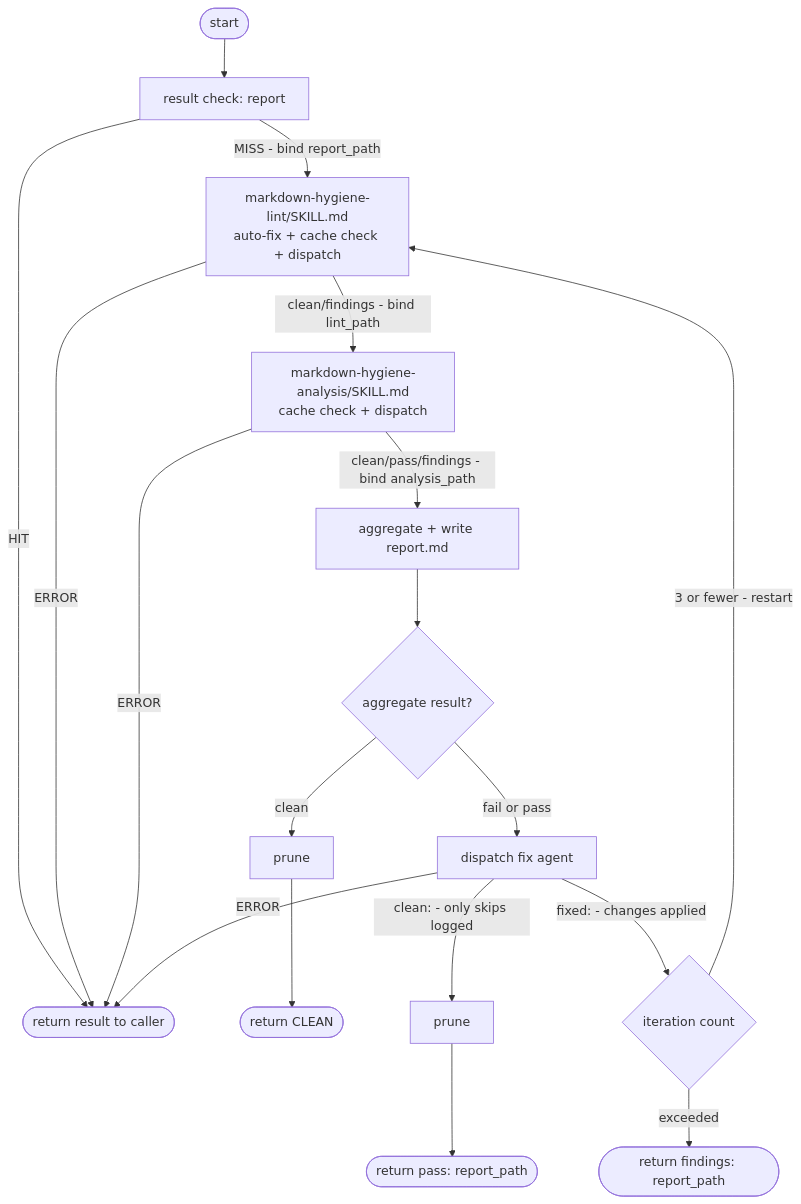
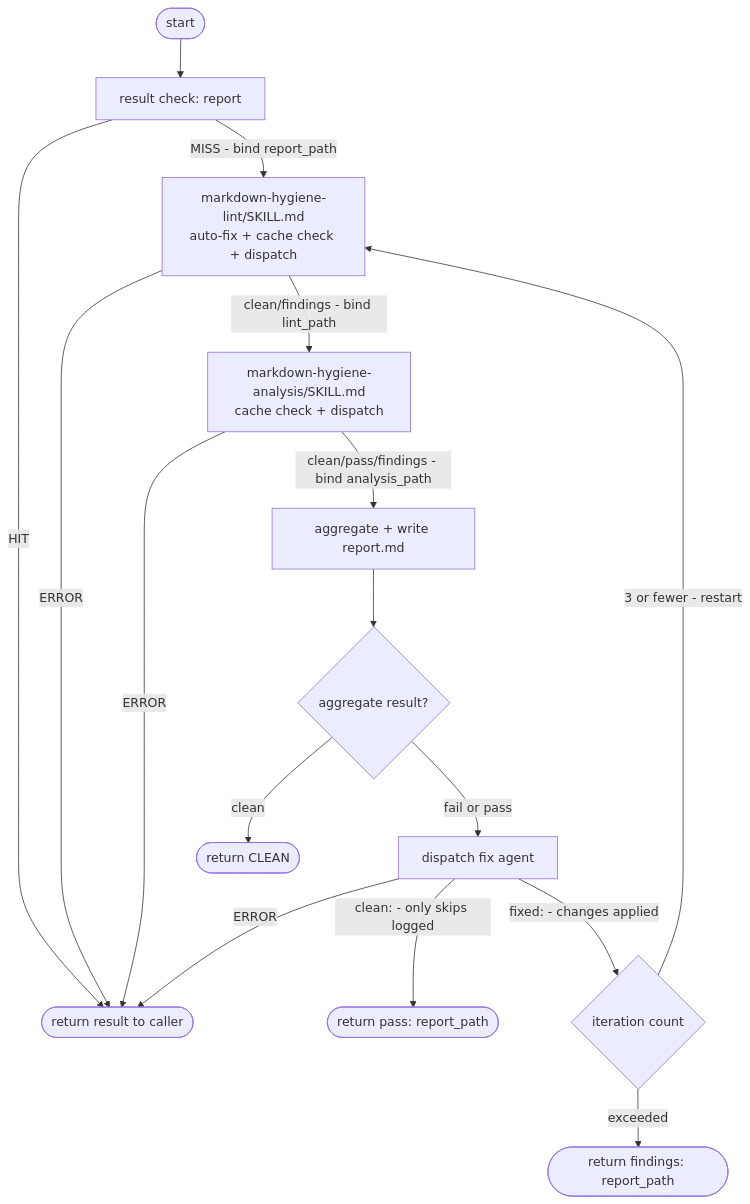
Before and after one commit to electrified-cortex/skills: the diagram in markdown-hygiene/spec.md, drawn with Mermaid. The commit also changed other lines of this file and 79 other files, not shown here.

````diff
--- a/markdown-hygiene/spec.md
+++ b/markdown-hygiene/spec.md
@@ -43,20 +43,18 @@
 ```mermaid
 flowchart TD
     A([start]) --> RC1[result check: report]
     RC1 -->|HIT| RET([return result to caller])
     RC1 -->|MISS - bind report_path| LINT[markdown-hygiene-lint/SKILL.md\nauto-fix + cache check + dispatch]
     LINT -->|ERROR| RET
     LINT -->|clean/findings - bind lint_path| ANA[markdown-hygiene-analysis/SKILL.md\ncache check + dispatch]
     ANA -->|ERROR| RET
     ANA -->|clean/pass/findings - bind analysis_path| AGG[aggregate + write report.md]
     AGG --> IC{aggregate result?}
-    IC -->|clean| PRN1[prune]
-    PRN1 --> CLEAN([return CLEAN])
+    IC -->|clean| CLEAN([return CLEAN])
     IC -->|fail or pass| FIX[dispatch fix agent]
     FIX -->|ERROR| RET
-    FIX -->|clean: - only skips logged| PRN2[prune]
-    PRN2 --> PASS([return pass: report_path])
+    FIX -->|clean: - only skips logged| PASS([return pass: report_path])
     FIX -->|fixed: - changes applied| CNT{iteration count}
     CNT -->|3 or fewer - restart| LINT
     CNT -->|exceeded| STOP([return findings: report_path])
 ```
````
